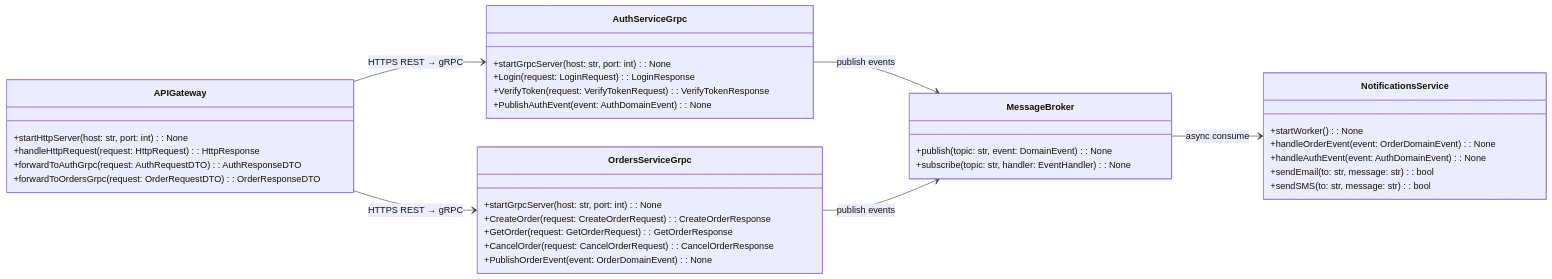
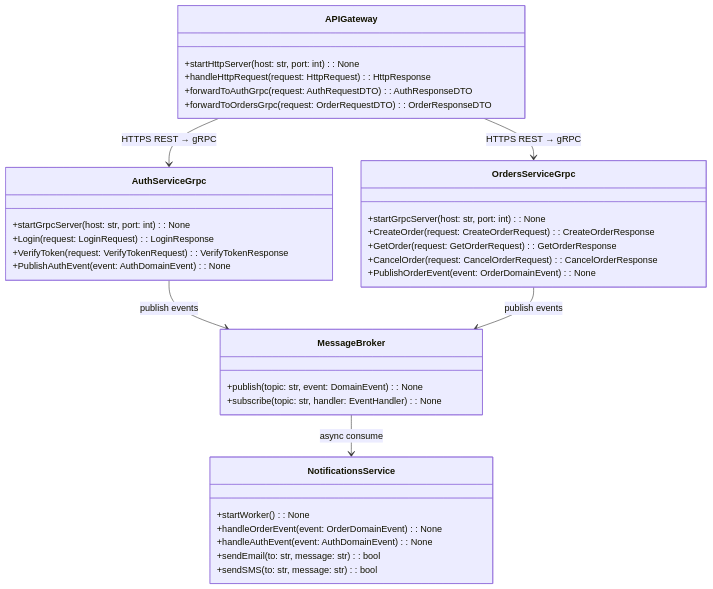
The diagram in README.md (anzoraskerov/Project_By_Askerov_Anzor-), drawn with Mermaid before and after one commit.

Commit message:
sequence updated

````diff
--- a/README.md
+++ b/README.md
@@ -4,49 +4,47 @@
 ```mermaid
 classDiagram
-    direction LR
-
     class APIGateway {
         +startHttpServer(host: str, port: int): None
         +handleHttpRequest(request: HttpRequest): HttpResponse
         +forwardToAuthGrpc(request: AuthRequestDTO): AuthResponseDTO
         +forwardToOrdersGrpc(request: OrderRequestDTO): OrderResponseDTO
     }
 
     class AuthServiceGrpc {
         +startGrpcServer(host: str, port: int): None
         +Login(request: LoginRequest): LoginResponse
         +VerifyToken(request: VerifyTokenRequest): VerifyTokenResponse
         +PublishAuthEvent(event: AuthDomainEvent): None
     }
 
     class OrdersServiceGrpc {
         +startGrpcServer(host: str, port: int): None
         +CreateOrder(request: CreateOrderRequest): CreateOrderResponse
         +GetOrder(request: GetOrderRequest): GetOrderResponse
         +CancelOrder(request: CancelOrderRequest): CancelOrderResponse
         +PublishOrderEvent(event: OrderDomainEvent): None
     }
 
     class MessageBroker {
         +publish(topic: str, event: DomainEvent): None
         +subscribe(topic: str, handler: EventHandler): None
     }
 
     class NotificationsService {
         +startWorker(): None
         +handleOrderEvent(event: OrderDomainEvent): None
         +handleAuthEvent(event: AuthDomainEvent): None
         +sendEmail(to: str, message: str): bool
         +sendSMS(to: str, message: str): bool
     }
 
     %% Relationships (Async)
     APIGateway --> AuthServiceGrpc : HTTPS REST → gRPC
     APIGateway --> OrdersServiceGrpc : HTTPS REST → gRPC
 
     AuthServiceGrpc --> MessageBroker : publish events
     OrdersServiceGrpc --> MessageBroker : publish events
 
     MessageBroker --> NotificationsService : async consume
 
 ```
````
